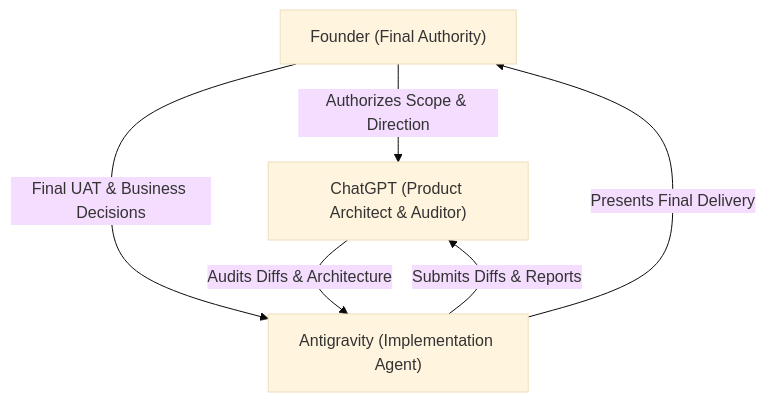
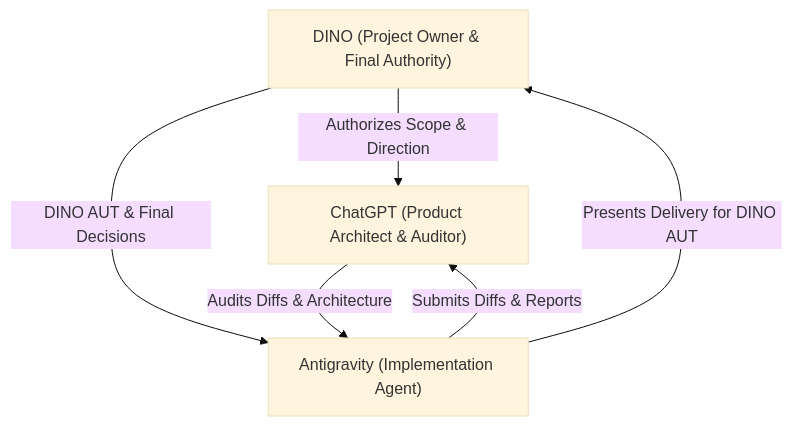
The second of 3 diagrams in 00_SYSTEM/DINO_GOVERNANCE.md (dinongo510/dino-tracking), drawn with Mermaid (base theme) before and after one commit. The commit also changed other lines of this file and 3 other files, not shown here.

Commit message:
docs(governance): align DINO authority model

````diff
--- a/00_SYSTEM/DINO_GOVERNANCE.md
+++ b/00_SYSTEM/DINO_GOVERNANCE.md
@@ -78,12 +82,12 @@
 ```mermaid
 flowchart TD
-    Founder["Founder (Final Authority)"]
+    DINO["DINO (Project Owner & Final Authority)"]
     ChatGPT["ChatGPT (Product Architect & Auditor)"]
     Antigravity["Antigravity (Implementation Agent)"]
     
-    Founder -->|Authorizes Scope & Direction| ChatGPT
-    Founder -->|Final UAT & Business Decisions| Antigravity
+    DINO -->|Authorizes Scope & Direction| ChatGPT
+    DINO -->|DINO AUT & Final Decisions| Antigravity
     ChatGPT -->|Audits Diffs & Architecture| Antigravity
     Antigravity -->|Submits Diffs & Reports| ChatGPT
-    Antigravity -->|Presents Final Delivery| Founder
+    Antigravity -->|Presents Delivery for DINO AUT| DINO
 ```
````
